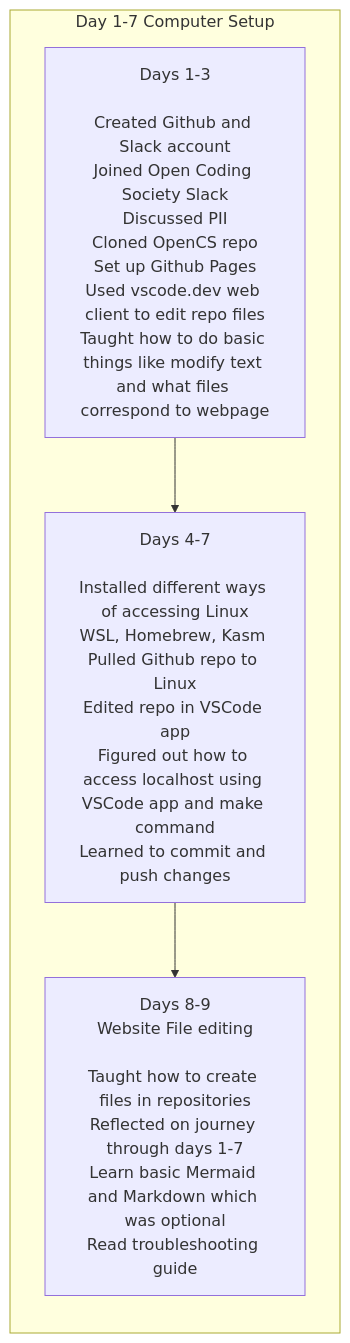
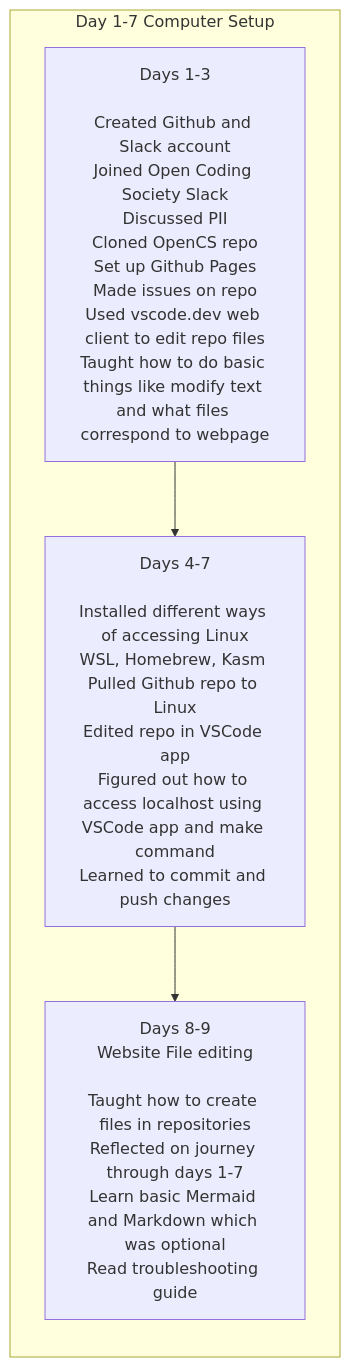
Before and after one commit to rsharma5128/student: the second of 2 diagrams in _posts/Foundation/B-tools_and_equipment/2025-11-21-tools_quest.md, drawn with Mermaid.

Commit message:
I don't know what happened here, some changes randomly popped up

````diff
--- a/_posts/Foundation/B-tools_and_equipment/2025-11-21-tools_quest.md
+++ b/_posts/Foundation/B-tools_and_equipment/2025-11-21-tools_quest.md
@@ -59,10 +59,10 @@
 ```mermaid
 flowchart LR
     subgraph Day_1[Day 1-7 Computer Setup]
-        A[Days 1-3<br/><br/>Created Github and Slack account<br/>Joined Open Coding Society Slack<br/>Discussed PII<br/>Cloned OpenCS repo<br/>Set up Github Pages<br/>Used vscode.dev web client to edit repo files<br/>Taught how to do basic things like modify text and what files correspond to webpage]:::dayuno
+        A[Days 1-3<br/><br/>Created Github and Slack account<br/>Joined Open Coding Society Slack<br/>Discussed PII<br/>Cloned OpenCS repo<br/>Set up Github Pages<br/>Made issues on repo<br/>Used vscode.dev web client to edit repo files<br/>Taught how to do basic things like modify text and what files correspond to webpage]:::dayuno
         B[Days 4-7<br/><br/>Installed different ways of accessing Linux<br/>WSL, Homebrew, Kasm <br/>Pulled Github repo to Linux<br/>Edited repo in VSCode app<br/>Figured out how to access localhost using VSCode app and make command<br/>Learned to commit and push changes]:::daydos
         C[Days 8-9<br/>Website File editing<br/><br/>Taught how to create files in repositories<br/>Reflected on journey through days 1-7<br/>Learn basic Mermaid and Markdown which was optional<br/>Read troubleshooting guide]:::daytres
     end
 A --> B
 B --> C
 ```
````
